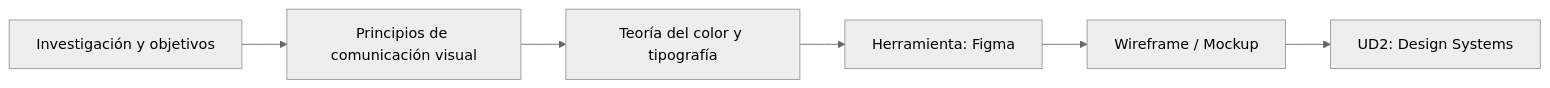
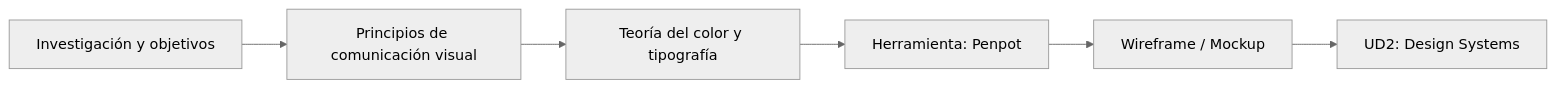
One commit to jmfiorisies/diw changed the first of 10 diagrams in docs/ud1.md. Above: the diagram before and after it, drawn with Mermaid (neutral theme). The commit also changed other lines of this file and 3 other files, not shown here.

````diff
--- a/docs/ud1.md
+++ b/docs/ud1.md
@@ -7,9 +17,9 @@
 ```mermaid
 flowchart LR
     A["Investigación y objetivos"] --> B["Principios de comunicación visual"]
     B --> C["Teoría del color y tipografía"]
-    C --> D["Herramienta: Figma"]
+    C --> D["Herramienta: Penpot"]
     D --> E["Wireframe / Mockup"]
     E --> F["UD2: Design Systems"]
 
 ```
````
